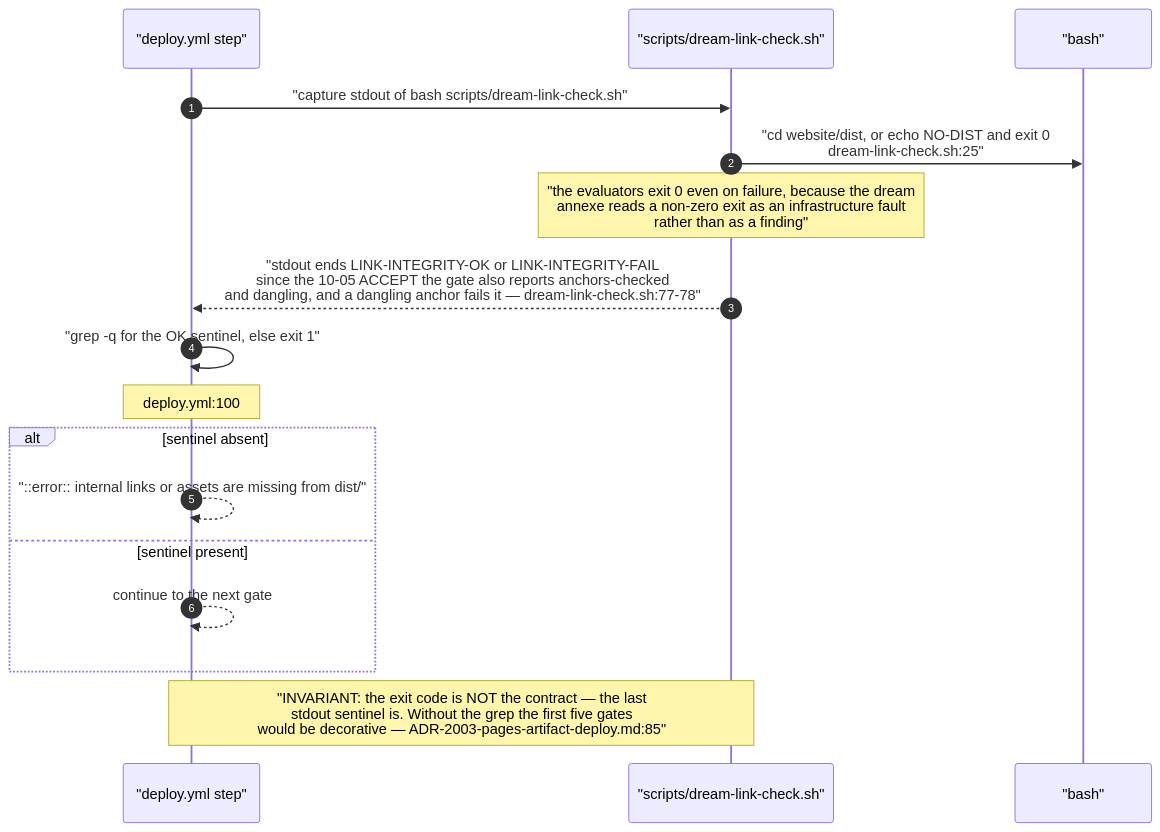
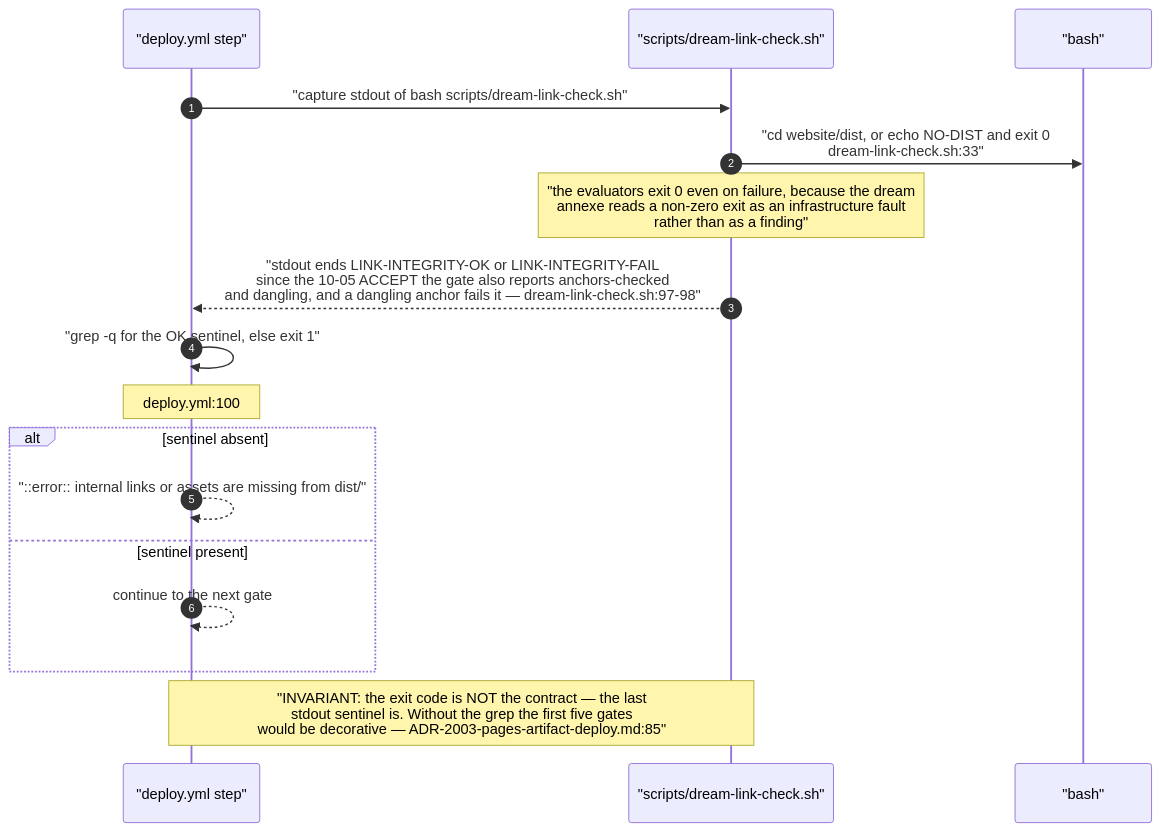
One commit to DreamLab-AI/VisionFlow changed the seventh of 12 diagrams in docs/diagrams/visionflow/02-website-build-and-deploy.md. Above: the diagram before and after it, drawn with Mermaid. The commit also changed other lines of this file and 80 other files, not shown here.

First line of the commit message:
docs(diagrams): re-verify the agentbox, dreamlab, estate and visionflow corpus against current sources

````diff
--- a/docs/diagrams/visionflow/02-website-build-and-deploy.md
+++ b/docs/diagrams/visionflow/02-website-build-and-deploy.md
@@ -223,20 +223,20 @@
 ```mermaid
 sequenceDiagram
     autonumber
     participant W as "deploy.yml step"
     participant S as "scripts/dream-link-check.sh"
     participant SH as "bash"
 
     W->>S: "capture stdout of bash scripts/dream-link-check.sh"
-    S->>SH: "cd website/dist, or echo NO-DIST and exit 0<br/>dream-link-check.sh:25"
+    S->>SH: "cd website/dist, or echo NO-DIST and exit 0<br/>dream-link-check.sh:33"
     Note over S: "the evaluators exit 0 even on failure, because the dream<br/>annexe reads a non-zero exit as an infrastructure fault<br/>rather than as a finding"
-    S-->>W: "stdout ends LINK-INTEGRITY-OK or LINK-INTEGRITY-FAIL<br/>since the 10-05 ACCEPT the gate also reports anchors-checked<br/>and dangling, and a dangling anchor fails it — dream-link-check.sh:77-78"
+    S-->>W: "stdout ends LINK-INTEGRITY-OK or LINK-INTEGRITY-FAIL<br/>since the 10-05 ACCEPT the gate also reports anchors-checked<br/>and dangling, and a dangling anchor fails it — dream-link-check.sh:97-98"
     W->>W: "grep -q for the OK sentinel, else exit 1"
     Note over W: deploy.yml:100
     alt sentinel absent
         W-->>W: "::error:: internal links or assets are missing from dist/"
     else sentinel present
         W-->>W: continue to the next gate
     end
     Note over W,S: "INVARIANT: the exit code is NOT the contract — the last<br/>stdout sentinel is. Without the grep the first five gates<br/>would be decorative — ADR-2003-pages-artifact-deploy.md:85"
 ```
````
